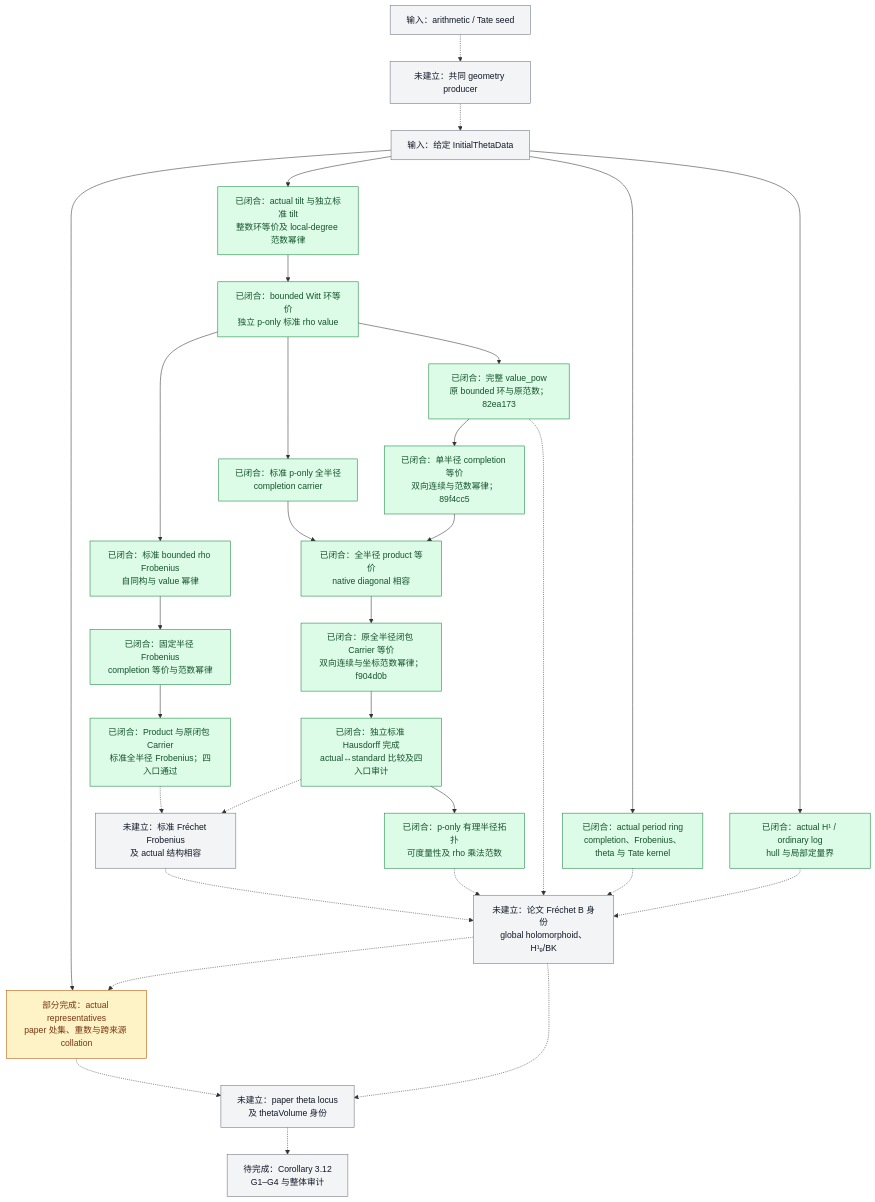
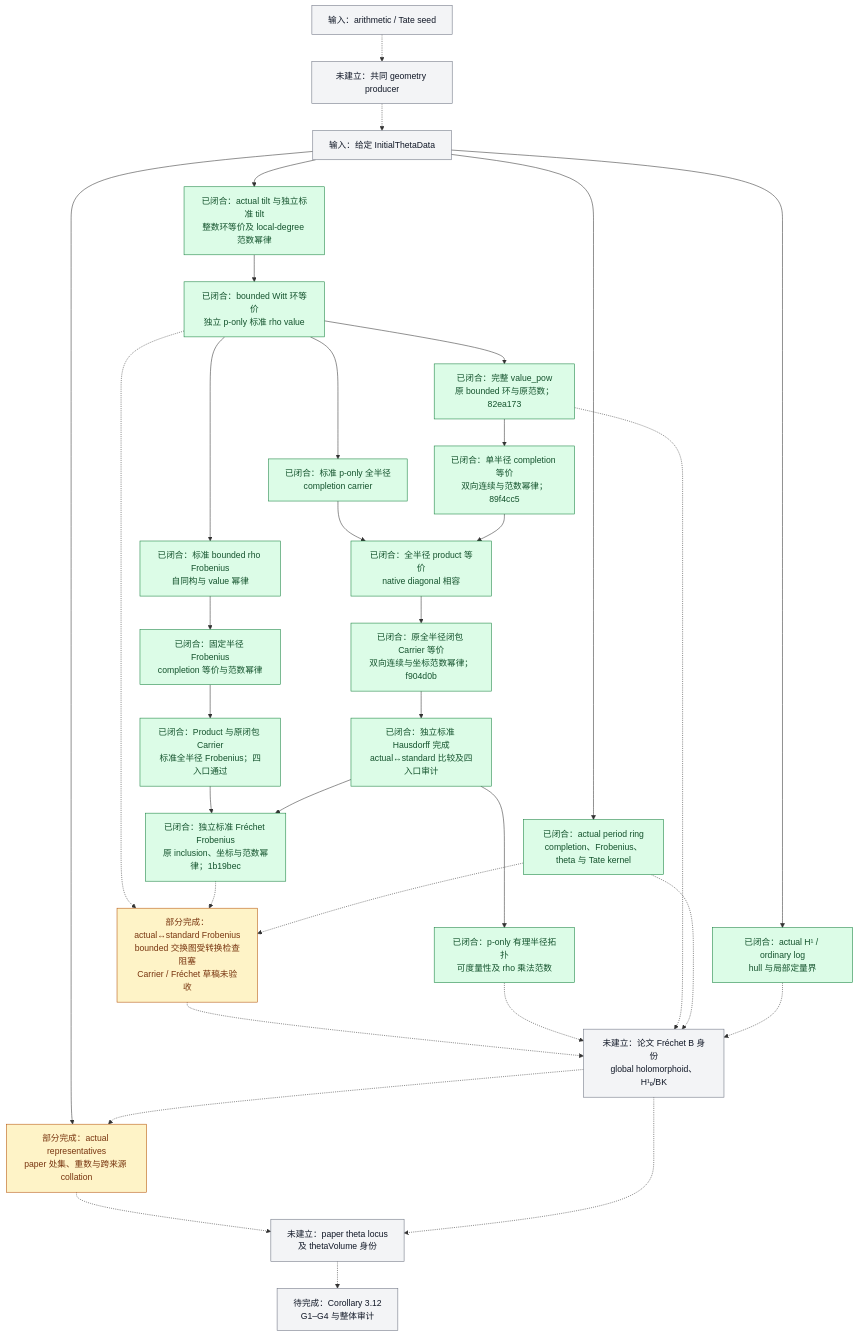
The diagram in docs/Scene1进度总览.md (Ember-Institute/KirtiJoshi-abc), drawn with Mermaid before and after one commit. The commit also changed other lines of this file, not shown here.

````diff
--- a/docs/Scene1进度总览.md
+++ b/docs/Scene1进度总览.md
@@ -68,62 +70,66 @@
 ```mermaid
 flowchart TD
     S["输入：arithmetic / Tate seed"]
     P["未建立：共同 geometry producer"]
     D["输入：给定 InitialThetaData"]
     T["已闭合：actual tilt 与独立标准 tilt<br/>整数环等价及 local-degree 范数幂律"]
     E["已闭合：bounded Witt 环等价<br/>独立 p-only 标准 rho value"]
     W["已闭合：标准 p-only 全半径<br/>completion carrier"]
     V["已闭合：完整 value_pow<br/>原 bounded 环与原范数；82ea173"]
     Q["已闭合：单半径 completion 等价<br/>双向连续与范数幂律；89f4cc5"]
     U["已闭合：全半径 product 等价<br/>native diagonal 相容"]
     A["已闭合：原全半径闭包 Carrier 等价<br/>双向连续与坐标范数幂律；f904d0b"]
     C0["已闭合：独立标准 Hausdorff 完成<br/>actual↔standard 比较及四入口审计"]
     M["已闭合：p-only 有理半径拓扑<br/>可度量性及 rho 乘法范数"]
     F0["已闭合：标准 bounded rho Frobenius<br/>自同构与 value 幂律"]
     F1["已闭合：固定半径 Frobenius<br/>completion 等价与范数幂律"]
     F2["已闭合：Product 与原闭包 Carrier<br/>标准全半径 Frobenius；四入口通过"]
-    F3["未建立：标准 Fréchet Frobenius<br/>及 actual 结构相容"]
+    F3["已闭合：独立标准 Fréchet Frobenius<br/>原 inclusion、坐标与范数幂律；1b19bec"]
+    FC["部分完成：actual↔standard Frobenius<br/>bounded 交换图受转换检查阻塞<br/>Carrier / Fréchet 草稿未验收"]
     F["已闭合：actual period ring<br/>completion、Frobenius、theta 与 Tate kernel"]
     H["已闭合：actual H¹ / ordinary log<br/>hull 与局部定量界"]
     B["未建立：论文 Fréchet B 身份<br/>global holomorphoid、H¹ₑ/BK"]
     R["部分完成：actual representatives<br/>paper 处集、重数与跨来源 collation"]
     L["未建立：paper theta locus<br/>及 thetaVolume 身份"]
     C["待完成：Corollary 3.12<br/>G1–G4 与整体审计"]
 
     S -.-> P
     P -.-> D
     D --> T
     T --> E
     E --> W
     E --> V
     V --> Q
     W --> U
     Q --> U
     U --> A
     A --> C0
     C0 --> M
     E --> F0
     F0 --> F1
     F1 --> F2
-    F2 -.-> F3
-    C0 -.-> F3
-    F3 -.-> B
+    F2 --> F3
+    C0 --> F3
+    E -.-> FC
+    F3 -.-> FC
+    F -.-> FC
+    FC -.-> B
     M -.-> B
     D --> F
     D --> H
     V -.-> B
     F -.-> B
     H -.-> B
     D --> R
     B -.-> R
     R -.-> L
     B -.-> L
     L -.-> C
 
     classDef done fill:#dcfce7,stroke:#15803d,color:#14532d;
     classDef partial fill:#fef3c7,stroke:#b45309,color:#78350f;
     classDef open fill:#f3f4f6,stroke:#6b7280,color:#111827;
-    class T,E,W,V,Q,U,A,C0,M,F0,F1,F2,F,H done;
-    class R partial;
-    class S,D,P,F3,B,L,C open;
+    class T,E,W,V,Q,U,A,C0,M,F0,F1,F2,F3,F,H done;
+    class R,FC partial;
+    class S,D,P,B,L,C open;
 ```
````
